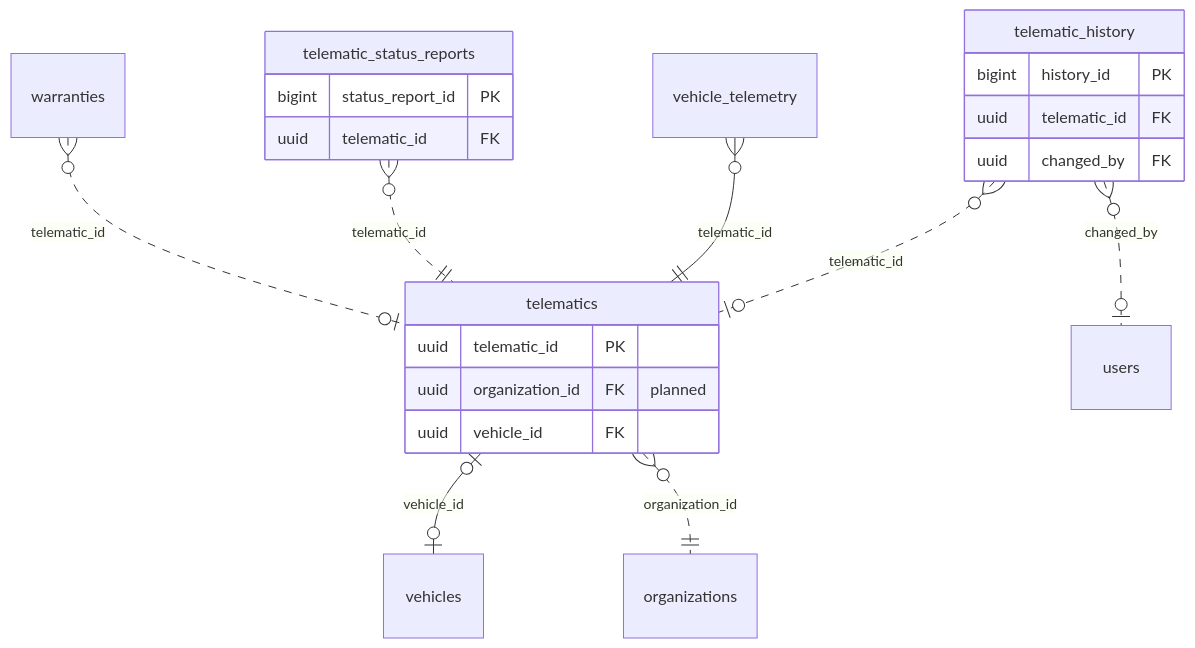
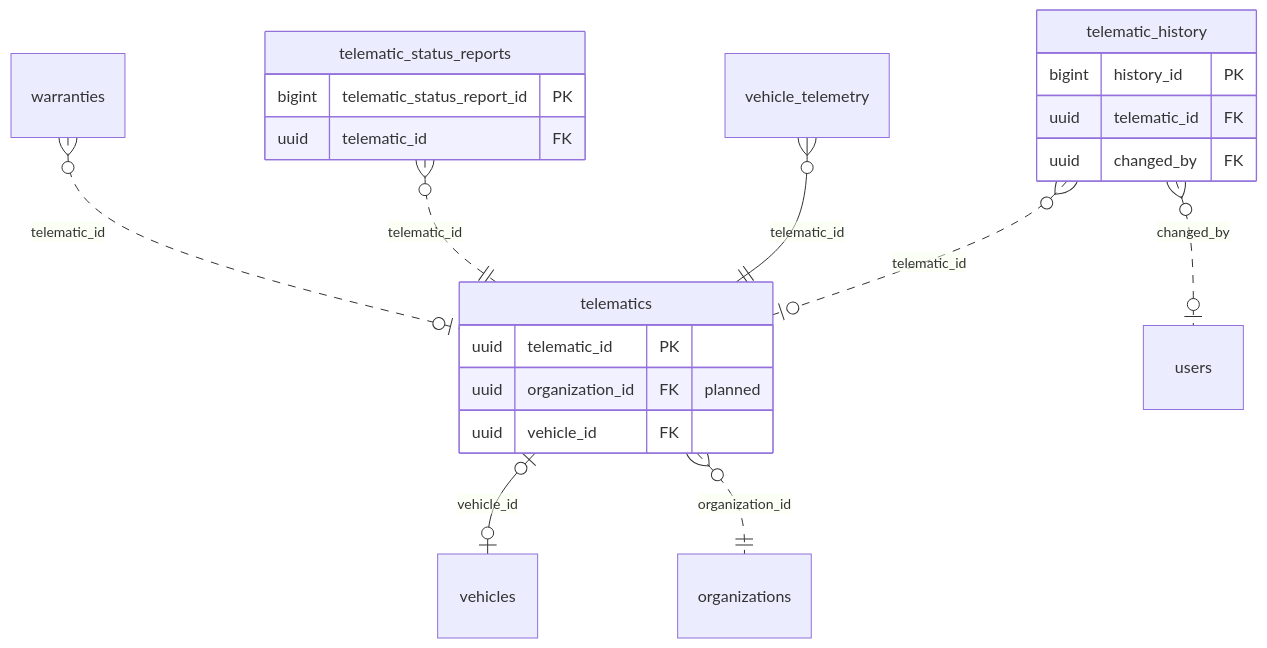
One commit to yolo-coccoc/G3Network-app changed the diagram in docs/design/domain-model/domains/telematics.md. Above: the diagram before and after it, drawn with Mermaid. The commit also changed other lines of this file and 5 other files, not shown here.

````diff
--- a/docs/design/domain-model/domains/telematics.md
+++ b/docs/design/domain-model/domains/telematics.md
@@ -16,24 +16,24 @@
 ```mermaid
 erDiagram
   telematics {
     uuid telematic_id PK
     uuid organization_id FK "planned"
     uuid vehicle_id FK
   }
   telematic_history {
     bigint history_id PK
     uuid telematic_id FK
     uuid changed_by FK
   }
   telematic_status_reports {
-    bigint status_report_id PK
+    bigint telematic_status_report_id PK
     uuid telematic_id FK
   }
   warranties }o..o| telematics : "telematic_id"
   telematics |o--o| vehicles : "vehicle_id"
   telematics }o..|| organizations : "organization_id"
   telematic_status_reports }o..|| telematics : "telematic_id"
   vehicle_telemetry }o--|| telematics : "telematic_id"
   telematic_history }o..o| telematics : "telematic_id"
   telematic_history }o..o| users : "changed_by"
 ```
````
